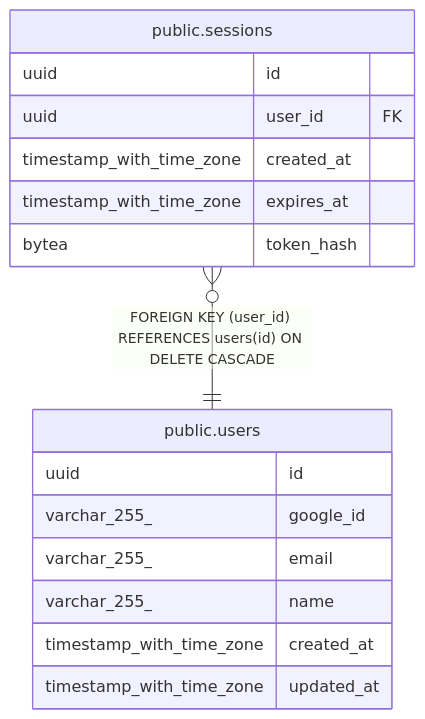
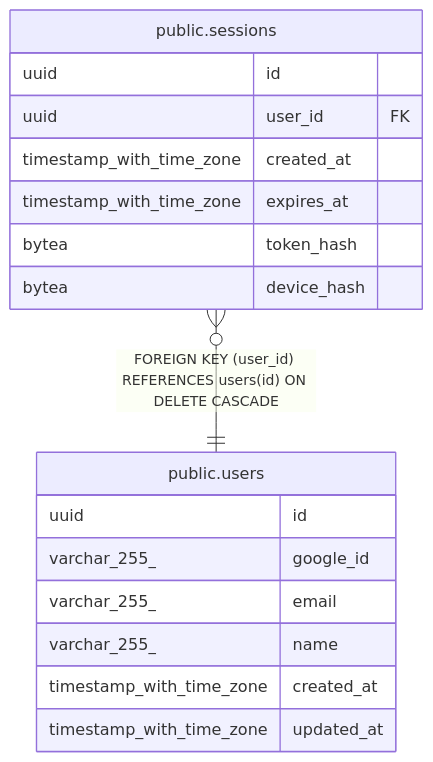
The diagram in docs/db/public.sessions.md (zaichu/shoken-webapp), drawn with Mermaid before and after one commit. The commit also changed other lines of this file and 17 other files, not shown here.

````diff
--- a/docs/db/public.sessions.md
+++ b/docs/db/public.sessions.md
@@ -35,21 +37,22 @@
 ```mermaid
 erDiagram
 
 "public.sessions" }o--|| "public.users" : "FOREIGN KEY (user_id) REFERENCES users(id) ON DELETE CASCADE"
 
 "public.sessions" {
   uuid id
   uuid user_id FK
   timestamp_with_time_zone created_at
   timestamp_with_time_zone expires_at
   bytea token_hash
+  bytea device_hash
 }
 "public.users" {
   uuid id
   varchar_255_ google_id
   varchar_255_ email
   varchar_255_ name
   timestamp_with_time_zone created_at
   timestamp_with_time_zone updated_at
 }
 ```
````
